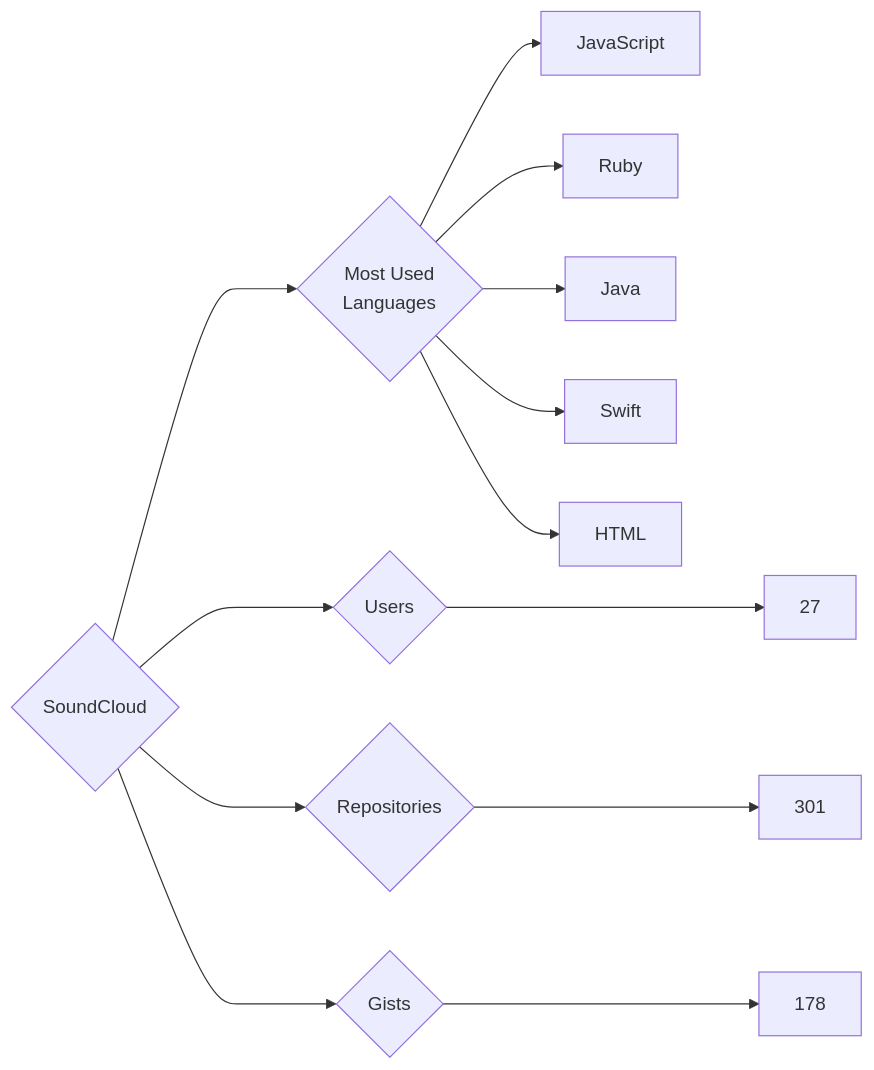
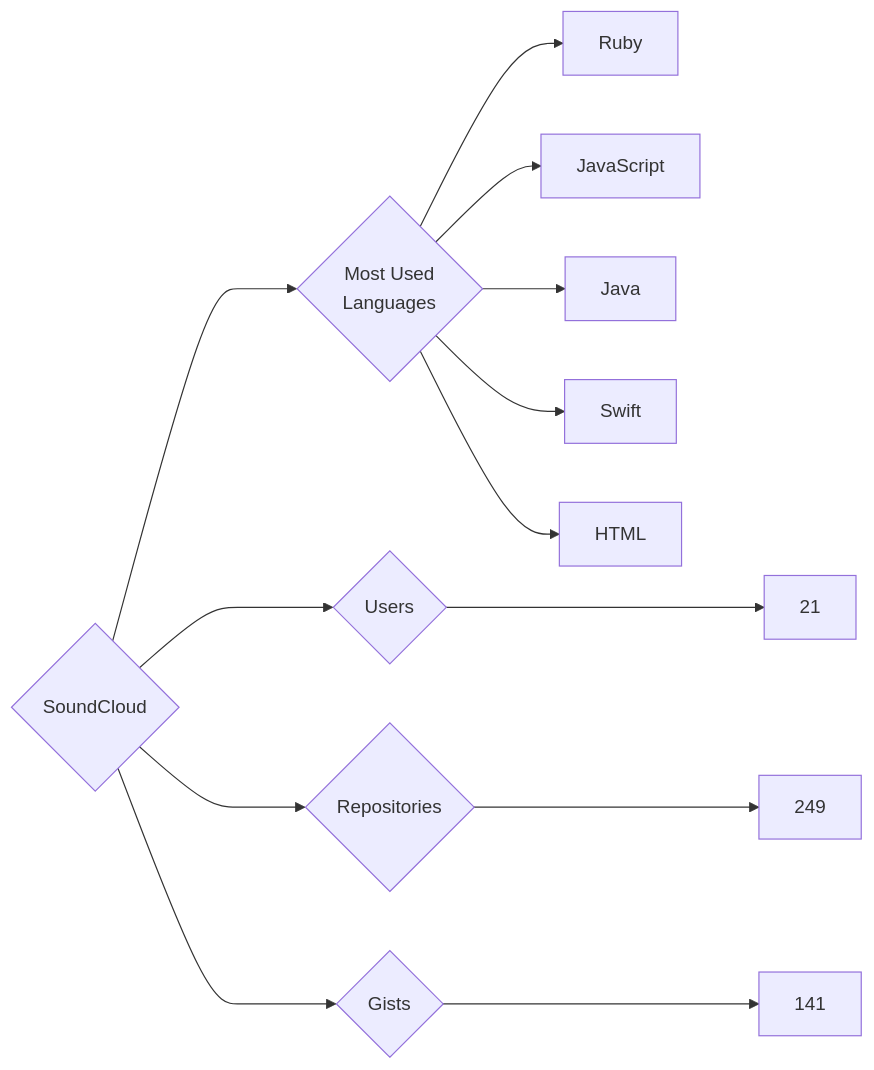
Before and after one commit to trickest/insiders: the diagram in targets/SoundCloud/README.md, drawn with Mermaid. The commit also changed 878 other files, not shown here.

````diff
--- a/targets/SoundCloud/README.md
+++ b/targets/SoundCloud/README.md
@@ -3,13 +3,13 @@
 ```mermaid
 graph LR
 COMPANY_NAME{SoundCloud}
-COMPANY_NAME ---> U{Users} ---> UN[27]
-COMPANY_NAME ---> R{Repositories} ---> RN[301]
-COMPANY_NAME ---> G{Gists} ---> GN[178]
+COMPANY_NAME ---> U{Users} ---> UN[21]
+COMPANY_NAME ---> R{Repositories} ---> RN[249]
+COMPANY_NAME ---> G{Gists} ---> GN[141]
 COMPANY_NAME ---> ML{Most Used<br>Languages}
+ML --> Ruby[Ruby]
 ML --> JavaScript[JavaScript]
-ML --> Ruby[Ruby]
 ML --> Java[Java]
 ML --> Swift[Swift]
 ML --> HTML[HTML]
 ```
````
